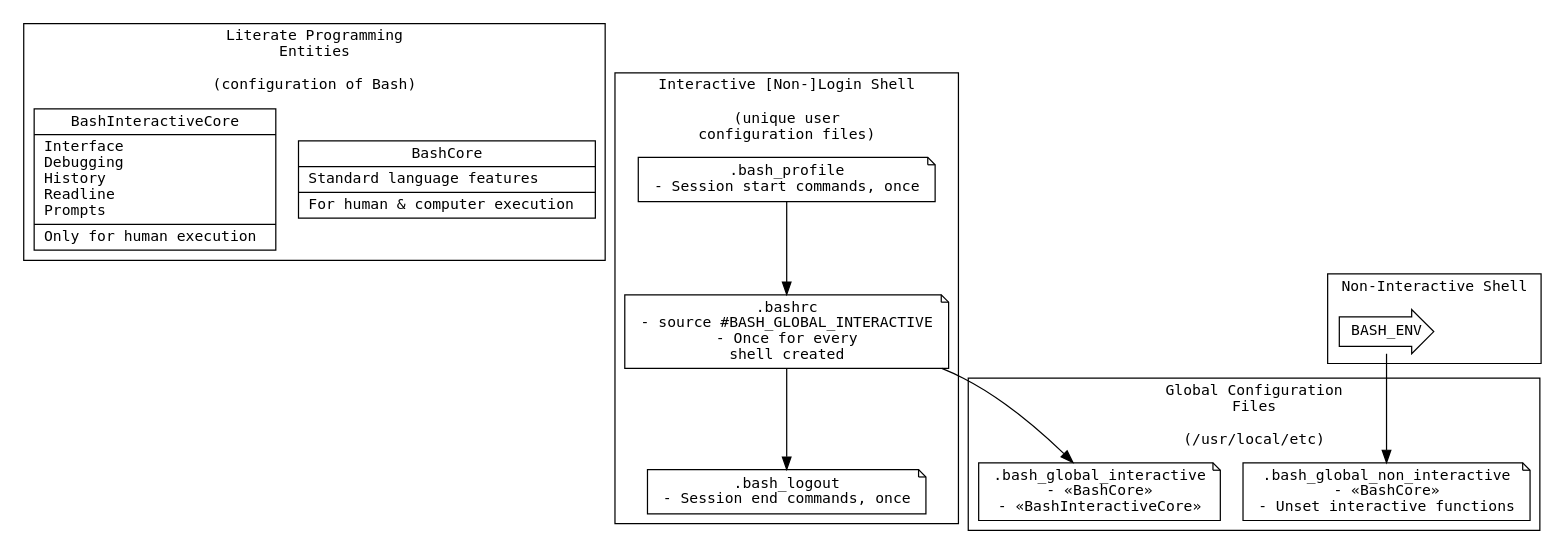
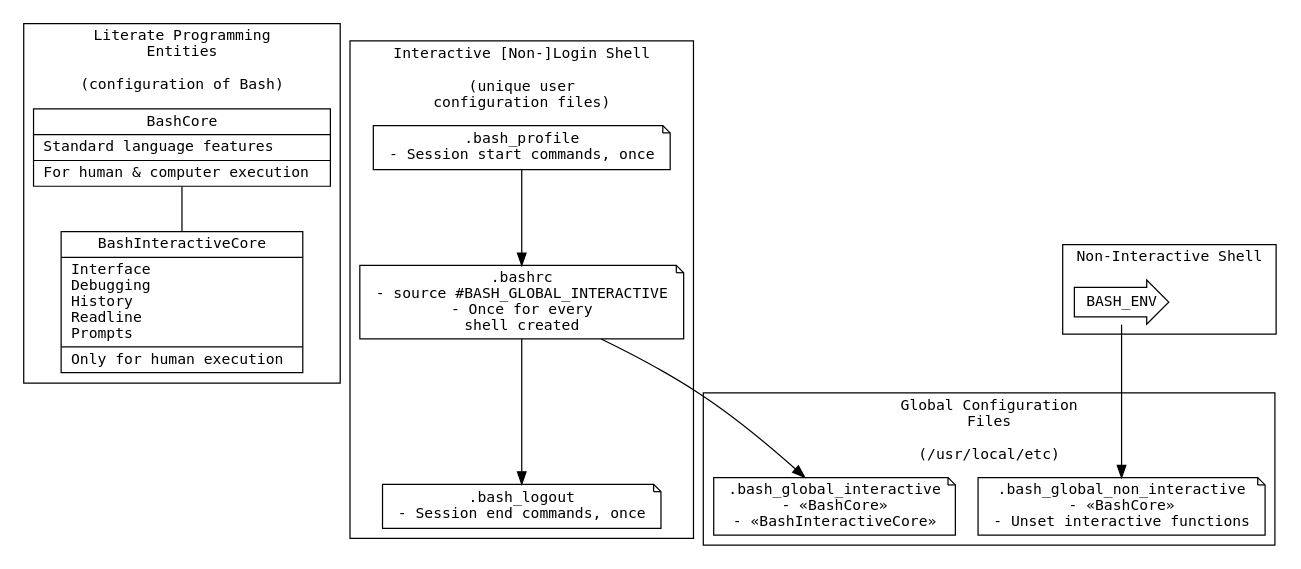
One commit to grettke/bash changed the diagram in bash.org. Above: the diagram before and after it, drawn with Graphviz.

Commit message:
Order LP

```diff
--- a/bash.org
+++ b/bash.org
@@ -2430,31 +2430,32 @@
 #+BEGIN_SRC dot :file "./image/version04.png" :wrap "RESULTS"
 digraph version5 {
   fontname = "DejaVu Sans Mono"
   fontsize = 12
   node [shape = "record" fontname = "DejaVu Sans Mono" fontsize = 12]
   subgraph cluster_0 {
     label = "Literate Programming\nEntities\n\n(configuration of Bash)";
     BashCore[label = "{BashCore|Standard language features\l|For human & computer execution\l}"]
     BashInteractiveCore[label = "{BashInteractiveCore|Interface\lDebugging\lHistory\lReadline\lPrompts\l|Only for human execution\l}"]
   }
   subgraph cluster_1 {
     label = "Global Configuration\nFiles\n\n(/usr/local/etc)";
     BashGlobalNonInteractive[shape = "note" label = ".bash_global_non_interactive\n- «BashCore»\n- Unset interactive functions"]
     BashGlobalInteractive[shape = "note" label = ".bash_global_interactive\n- «BashCore»\n- «BashInteractiveCore»"]
   }
   subgraph cluster_2 {
     label = "Interactive [Non-]Login Shell\n\n(unique user\nconfiguration files)";
     BashProfile[shape = "note" label = ".bash_profile\n- Session start commands, once"]
     BashRc[shape = "note" label = ".bashrc\n- source #BASH_GLOBAL_INTERACTIVE\n- Once for every\nshell created"]
     BashLogout[shape = "note" label = ".bash_logout\n- Session end commands, once"]
   }
   subgraph cluster_3 {
     label = "Non-Interactive Shell";
     BashEnv [shape = "rarrow" label = "BASH_ENV"]
   }
 
+  BashCore -> BashInteractiveCore [arrowhead=none];
   BashProfile -> BashRc -> BashLogout;
   BashEnv -> BashGlobalNonInteractive;
   BashRc -> BashGlobalInteractive;
 }
 #+END_SRC
```
